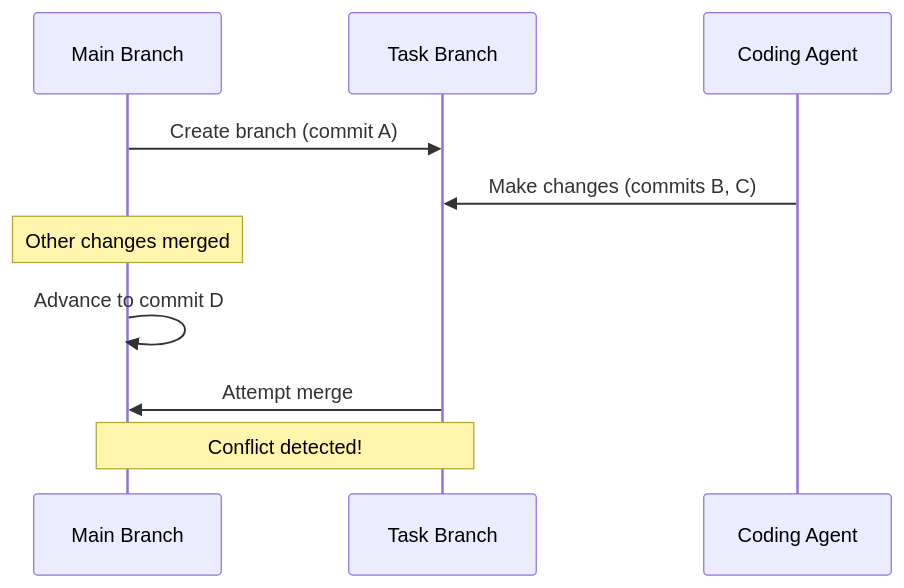
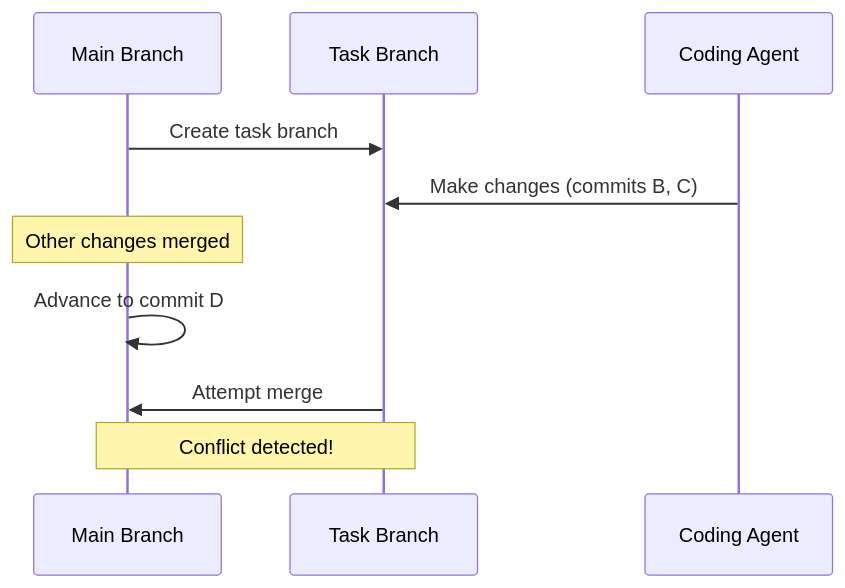
Before and after one commit to britannio/vibe-kanban: the second of 2 diagrams in docs/core-features/resolving-merge-conflicts.mdx, drawn with Mermaid. The commit also changed other lines of this file, not shown here.

````diff
--- a/docs/core-features/resolving-merge-conflicts.mdx
+++ b/docs/core-features/resolving-merge-conflicts.mdx
@@ -40,13 +40,13 @@
 ```mermaid
 sequenceDiagram
     participant Main as Main Branch
     participant Task as Task Branch
     participant Agent as Coding Agent
     
-    Main->>Task: Create branch (commit A)
+    Main->>Task: Create task branch
     Agent->>Task: Make changes (commits B, C)
     Note over Main: Other changes merged
     Main->>Main: Advance to commit D
     Task->>Main: Attempt merge
     Note over Task,Main: Conflict detected!
 ```
````
